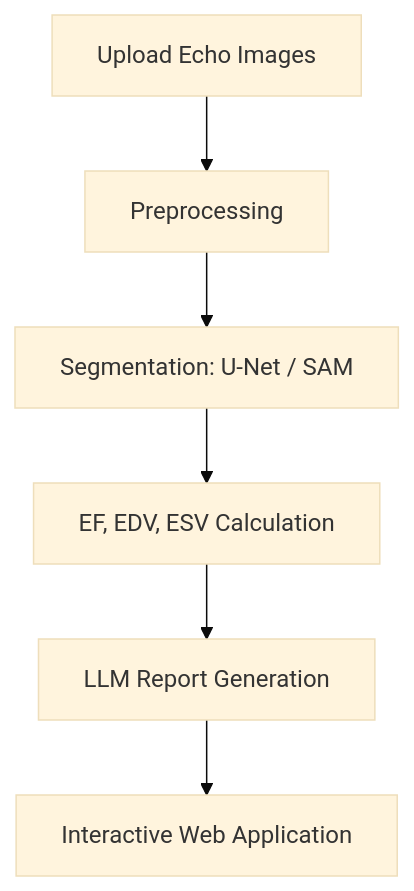
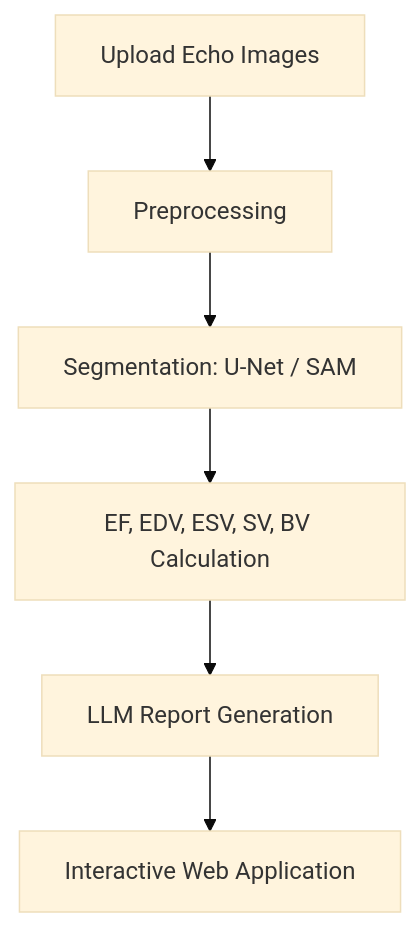
Before and after one commit to sarah1ibrahim/End-to-End-Echocardiographic-Analysis-Pipeline: the diagram in README.md, drawn with Mermaid (base theme). The commit also changed other lines of this file, not shown here.

````diff
--- a/README.md
+++ b/README.md
@@ -44,8 +44,8 @@
 ```mermaid
 graph TD
     A[Upload Echo Images] --> B[Preprocessing]
     B --> C[Segmentation: U-Net / SAM]
-    C --> D[EF, EDV, ESV Calculation]
+    C --> D[EF, EDV, ESV, SV, BV Calculation]
     D --> E[LLM Report Generation]
     E --> F[Interactive Web Application]
 ```
````
